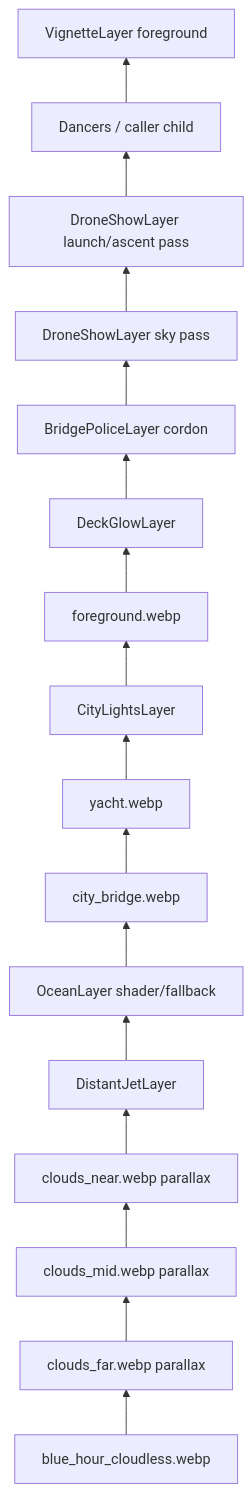
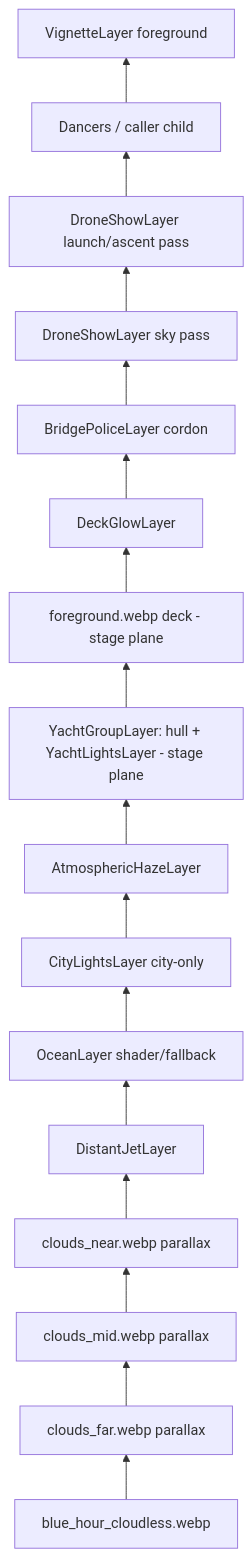
The second of 4 diagrams in lib/features/scenery/README.md (matthiasn/dancing_cats), drawn with Mermaid before and after one commit. The commit also changed other lines of this file and 13 other files, not shown here.

First line of the commit message:
scenery: de-bake the base plate; pull the yacht onto its own docked plane with wave motion (#64)

````diff
--- a/lib/features/scenery/README.md
+++ b/lib/features/scenery/README.md
@@ -53,21 +53,21 @@
 ```mermaid
 flowchart BT
   child[Dancers / caller child]
   vignette[VignetteLayer foreground]
   glow[DeckGlowLayer]
-  fg[foreground.webp]
-  lights[CityLightsLayer]
+  fg[foreground.webp deck - stage plane]
+  yachtGroup[YachtGroupLayer: hull + YachtLightsLayer - stage plane]
+  haze[AtmosphericHazeLayer]
+  lights[CityLightsLayer city-only]
   police[BridgePoliceLayer cordon]
   launchDrones[DroneShowLayer launch/ascent pass]
   skyDrones[DroneShowLayer sky pass]
-  yacht[yacht.webp]
-  city[city_bridge.webp]
   ocean[OceanLayer shader/fallback]
   jet[DistantJetLayer]
   near[clouds_near.webp parallax]
   mid[clouds_mid.webp parallax]
   far[clouds_far.webp parallax]
   base[blue_hour_cloudless.webp]
 
-  base --> far --> mid --> near --> jet --> ocean --> city --> yacht --> lights --> fg --> glow --> police --> skyDrones --> launchDrones --> child --> vignette
+  base --> far --> mid --> near --> jet --> ocean --> lights --> haze --> yachtGroup --> fg --> glow --> police --> skyDrones --> launchDrones --> child --> vignette
 ```
````
